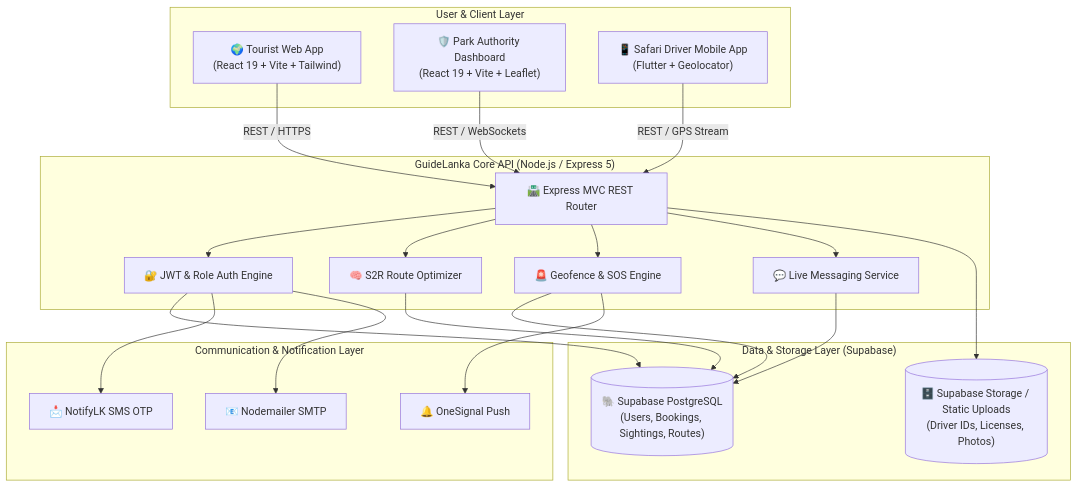
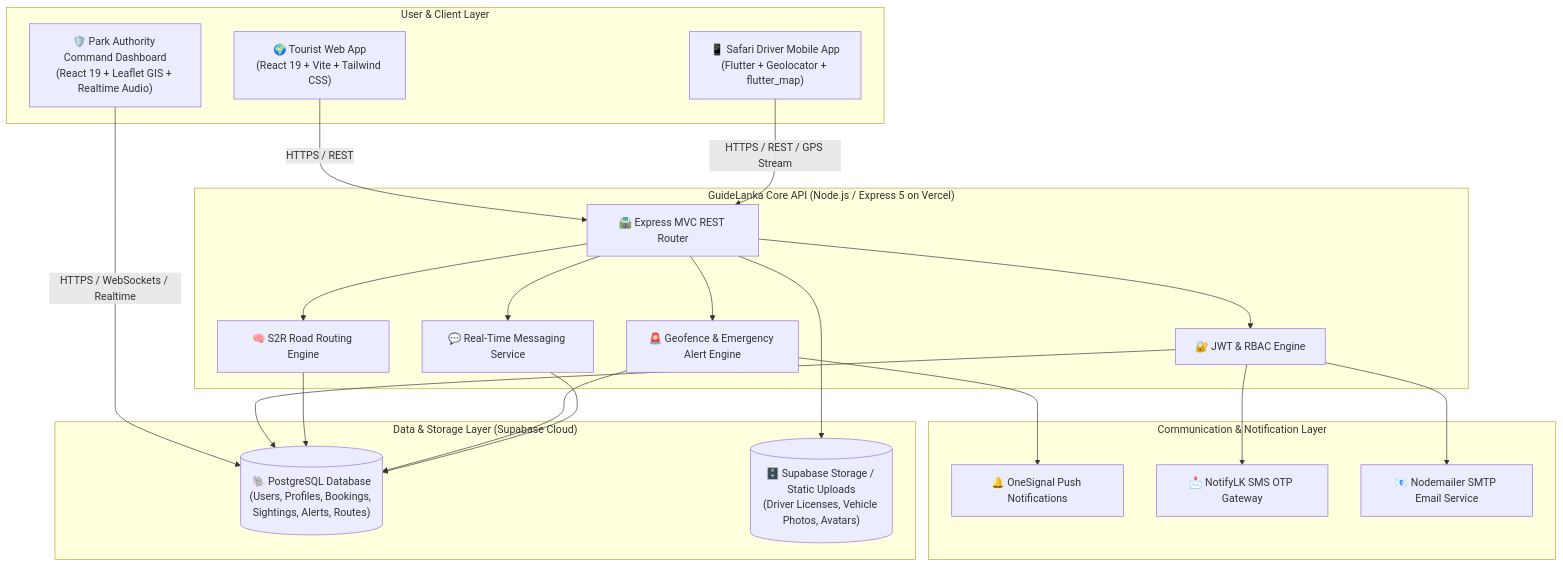
One commit to umindudinal/GuideLanka changed the diagram in README.md. Above: the diagram before and after it, drawn with Mermaid. The commit also changed other lines of this file, not shown here.

Commit message:
docs: update README.md with comprehensive S2R algorithm, Vercel backend, and APK build guide

````diff
--- a/README.md
+++ b/README.md
@@ -44,46 +45,46 @@
 ```mermaid
 flowchart TD
     subgraph Clients["User & Client Layer"]
-        TouristApp["🌍 Tourist Web App<br/>(React 19 + Vite + Tailwind)"]
-        AuthorityDash["🛡️ Park Authority Dashboard<br/>(React 19 + Vite + Leaflet)"]
-        DriverApp["📱 Safari Driver Mobile App<br/>(Flutter + Geolocator)"]
+        TouristApp["🌍 Tourist Web App<br/>(React 19 + Vite + Tailwind CSS)"]
+        AuthorityDash["🛡️ Park Authority Command Dashboard<br/>(React 19 + Leaflet GIS + Realtime Audio)"]
+        DriverApp["📱 Safari Driver Mobile App<br/>(Flutter + Geolocator + flutter_map)"]
     end
 
     subgraph Gateways["Communication & Notification Layer"]
-        OneSignal["🔔 OneSignal Push"]
-        NotifyLK["📩 NotifyLK SMS OTP"]
-        NodeMailer["📧 Nodemailer SMTP"]
+        OneSignal["🔔 OneSignal Push Notifications"]
+        NotifyLK["📩 NotifyLK SMS OTP Gateway"]
+        NodeMailer["📧 Nodemailer SMTP Email Service"]
     end
 
-    subgraph BackendCore["GuideLanka Core API (Node.js / Express 5)"]
+    subgraph BackendCore["GuideLanka Core API (Node.js / Express 5 on Vercel)"]
         Router["🛣️ Express MVC REST Router"]
-        AuthService["🔐 JWT & Role Auth Engine"]
-        S2REngine["🧠 S2R Route Optimizer"]
-        AlertEngine["🚨 Geofence & SOS Engine"]
-        ChatEngine["💬 Live Messaging Service"]
+        AuthService["🔐 JWT & RBAC Engine"]
+        S2REngine["🧠 S2R Road Routing Engine"]
+        AlertEngine["🚨 Geofence & Emergency Alert Engine"]
+        ChatEngine["💬 Real-Time Messaging Service"]
     end
 
-    subgraph DataStore["Data & Storage Layer (Supabase)"]
-        Postgres[("🐘 Supabase PostgreSQL<br/>(Users, Bookings, Sightings, Routes)")]
-        Storage[("🗄️ Supabase Storage / Static Uploads<br/>(Driver IDs, Licenses, Photos)")]
+    subgraph DataStore["Data & Storage Layer (Supabase Cloud)"]
+        Postgres[("🐘 PostgreSQL Database<br/>(Users, Profiles, Bookings, Sightings, Alerts, Routes)")]
+        Storage[("🗄️ Supabase Storage / Static Uploads<br/>(Driver Licenses, Vehicle Photos, Avatars)")]
     end
 
-    TouristApp -->|REST / HTTPS| Router
-    AuthorityDash -->|REST / WebSockets| Router
-    DriverApp -->|REST / GPS Stream| Router
+    TouristApp -->|HTTPS / REST| Router
+    AuthorityDash -->|HTTPS / WebSockets / Realtime| Postgres
+    DriverApp -->|HTTPS / REST / GPS Stream| Router
 
     Router --> AuthService
     Router --> S2REngine
     Router --> AlertEngine
     Router --> ChatEngine
 
     AuthService --> Postgres
     S2REngine --> Postgres
     AlertEngine --> Postgres
     ChatEngine --> Postgres
 
     AlertEngine --> OneSignal
     AuthService --> NotifyLK
     AuthService --> NodeMailer
     Router --> Storage
 ```
````
